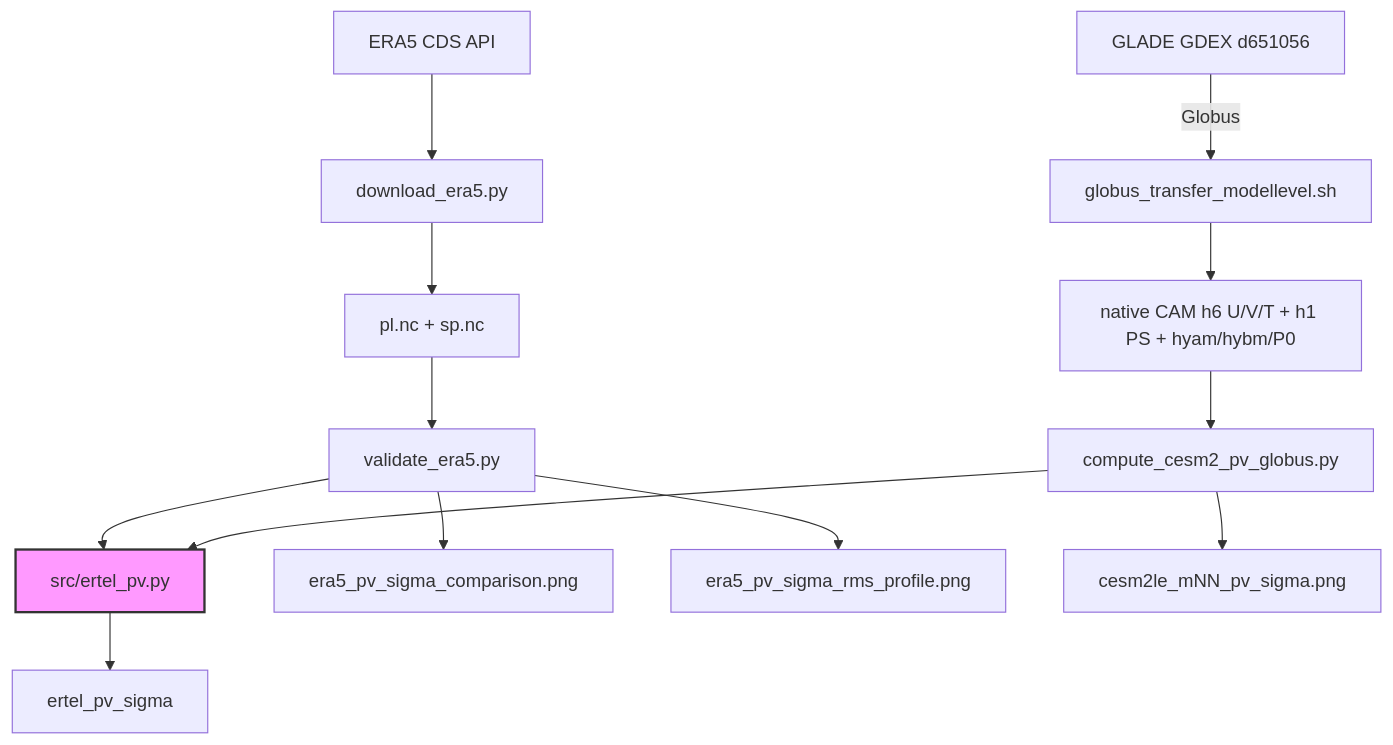
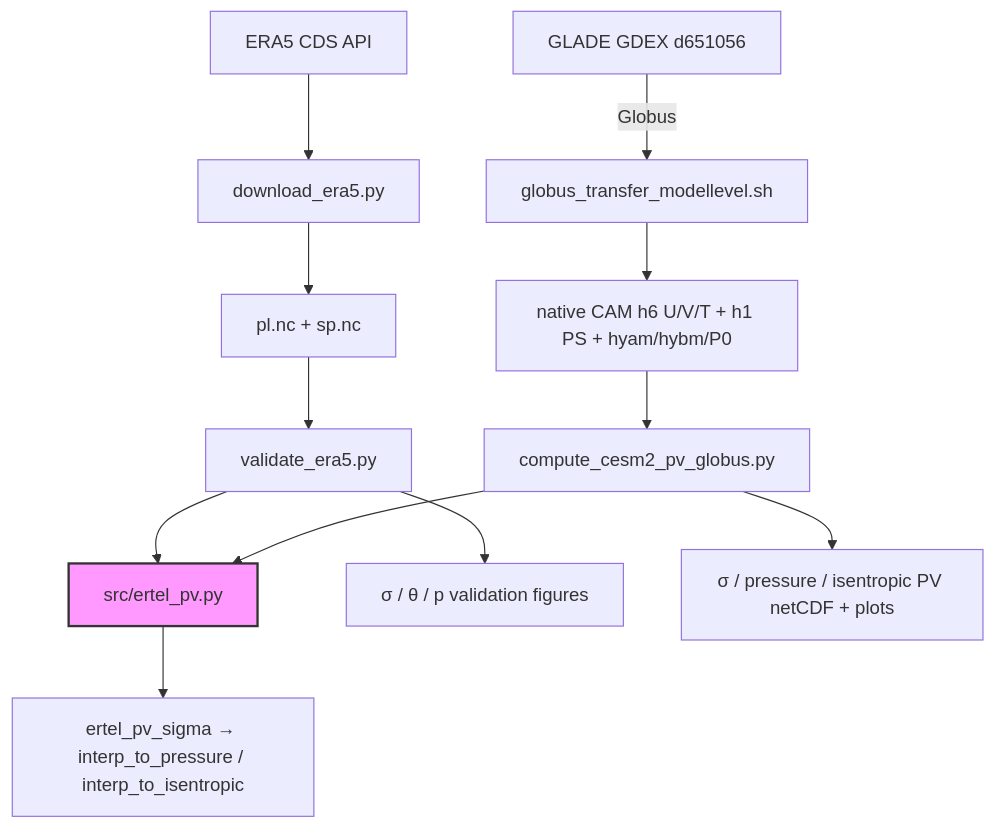
One commit to yanxingjianken/PV_Ertel_Computation changed the diagram in README.md. Above: the diagram before and after it, drawn with Mermaid. The commit also changed other lines of this file and 15 other files, not shown here.

````diff
--- a/README.md
+++ b/README.md
@@ -68,18 +151,17 @@
 ```mermaid
 graph TD
     A[ERA5 CDS API] --> B[download_era5.py]
     B --> C[pl.nc + sp.nc]
     C --> D[validate_era5.py]
     D --> E[src/ertel_pv.py]
-    E --> F[ertel_pv_sigma]
-    D --> G[era5_pv_sigma_comparison.png]
-    D --> H[era5_pv_sigma_rms_profile.png]
+    E --> F[ertel_pv_sigma → interp_to_pressure / interp_to_isentropic]
+    D --> G[σ / θ / p validation figures]
 
     I[GLADE GDEX d651056] -->|Globus| J[globus_transfer_modellevel.sh]
     J --> K[native CAM h6 U/V/T + h1 PS + hyam/hybm/P0]
     K --> M[compute_cesm2_pv_globus.py]
     M --> E
-    M --> L[cesm2le_mNN_pv_sigma.png]
+    M --> L[σ / pressure / isentropic PV netCDF + plots]
 
     style E fill:#f9f,stroke:#333,stroke-width:2px
 ```
````
